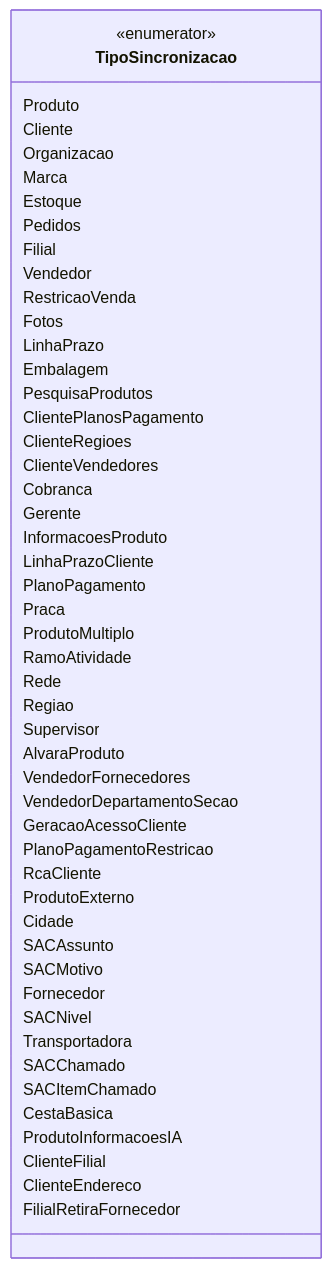
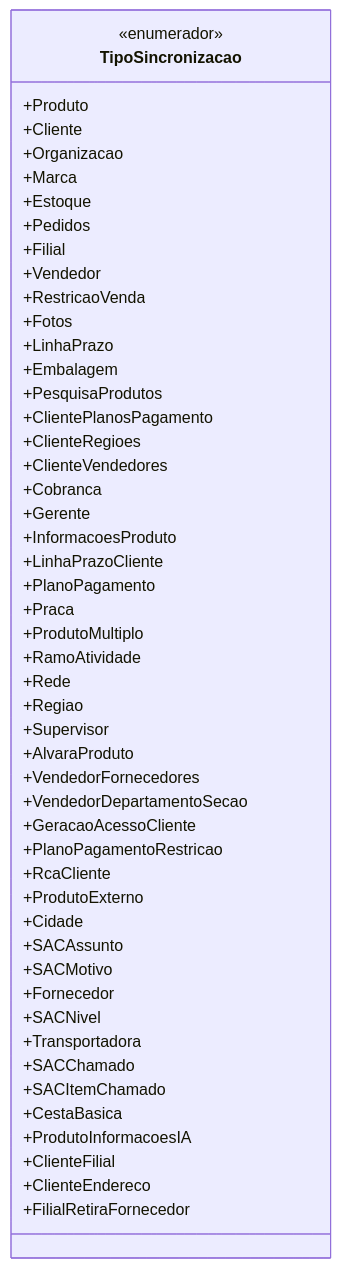
One commit to IsthmusSistemas/documentacao-tecnica changed the diagram in docs/b2b-dominio/IsthmusWinthor.Nucleo/IsthmusWinthor.Dominio/Enumeradores/TipoSincronizacao.md. Above: the diagram before and after it, drawn with Mermaid. The commit also changed other lines of this file and 882 other files, not shown here.

````diff
--- a/docs/b2b-dominio/IsthmusWinthor.Nucleo/IsthmusWinthor.Dominio/Enumeradores/TipoSincronizacao.md
+++ b/docs/b2b-dominio/IsthmusWinthor.Nucleo/IsthmusWinthor.Dominio/Enumeradores/TipoSincronizacao.md
@@ -13,53 +12,53 @@
 ```mermaid
 classDiagram
     class TipoSincronizacao {
-        <<enumerator>>
-        Produto
-        Cliente
-        Organizacao
-        Marca
-        Estoque
-        Pedidos
-        Filial
-        Vendedor
-        RestricaoVenda
-        Fotos
-        LinhaPrazo
-        Embalagem
-        PesquisaProdutos
-        ClientePlanosPagamento
-        ClienteRegioes
-        ClienteVendedores
-        Cobranca
-        Gerente
-        InformacoesProduto
-        LinhaPrazoCliente
-        PlanoPagamento
-        Praca
-        ProdutoMultiplo
-        RamoAtividade
-        Rede
-        Regiao
-        Supervisor
-        AlvaraProduto
-        VendedorFornecedores
-        VendedorDepartamentoSecao
-        GeracaoAcessoCliente
-        PlanoPagamentoRestricao
-        RcaCliente
-        ProdutoExterno
-        Cidade
-        SACAssunto
-        SACMotivo
-        Fornecedor
-        SACNivel
-        Transportadora
-        SACChamado
-        SACItemChamado
-        CestaBasica
-        ProdutoInformacoesIA
-        ClienteFilial
-        ClienteEndereco
-        FilialRetiraFornecedor
+        <<enumerador>>
+        +Produto
+        +Cliente
+        +Organizacao
+        +Marca
+        +Estoque
+        +Pedidos
+        +Filial
+        +Vendedor
+        +RestricaoVenda
+        +Fotos
+        +LinhaPrazo
+        +Embalagem
+        +PesquisaProdutos
+        +ClientePlanosPagamento
+        +ClienteRegioes
+        +ClienteVendedores
+        +Cobranca
+        +Gerente
+        +InformacoesProduto
+        +LinhaPrazoCliente
+        +PlanoPagamento
+        +Praca
+        +ProdutoMultiplo
+        +RamoAtividade
+        +Rede
+        +Regiao
+        +Supervisor
+        +AlvaraProduto
+        +VendedorFornecedores
+        +VendedorDepartamentoSecao
+        +GeracaoAcessoCliente
+        +PlanoPagamentoRestricao
+        +RcaCliente
+        +ProdutoExterno
+        +Cidade
+        +SACAssunto
+        +SACMotivo
+        +Fornecedor
+        +SACNivel
+        +Transportadora
+        +SACChamado
+        +SACItemChamado
+        +CestaBasica
+        +ProdutoInformacoesIA
+        +ClienteFilial
+        +ClienteEndereco
+        +FilialRetiraFornecedor
     }
-```
+``` 
````
